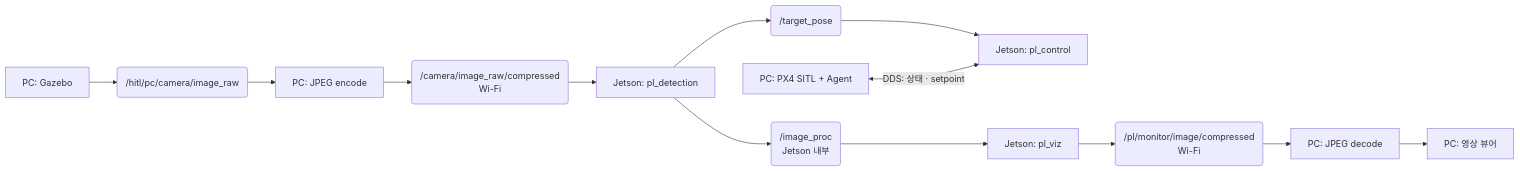
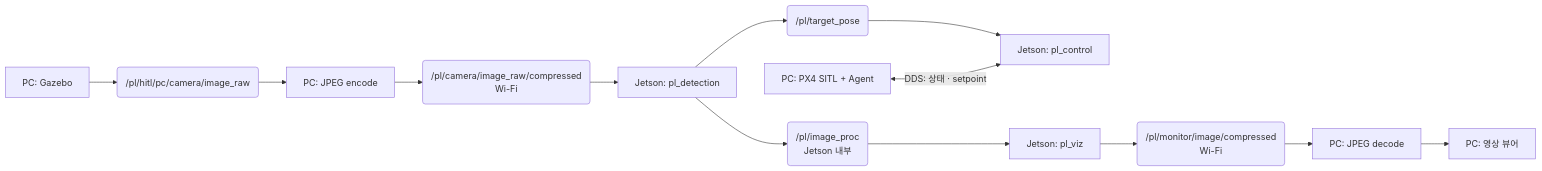
The third of 3 diagrams in README.md (IN-AIR-KR/precision-landing), drawn with Mermaid before and after one commit. The commit also changed other lines of this file and 21 other files, not shown here.

````diff
--- a/README.md
+++ b/README.md
@@ -330,10 +330,10 @@
 ```mermaid
 flowchart LR
-    GZ[PC: Gazebo] --> RAW("/hitl/pc/camera/image_raw") --> ENC[PC: JPEG encode]
-    ENC --> JPEG("/camera/image_raw/compressed<br/>Wi-Fi") --> DET[Jetson: pl_detection]
-    DET --> POSE("/target_pose") --> CTRL[Jetson: pl_control]
+    GZ[PC: Gazebo] --> RAW("/pl/hitl/pc/camera/image_raw") --> ENC[PC: JPEG encode]
+    ENC --> JPEG("/pl/camera/image_raw/compressed<br/>Wi-Fi") --> DET[Jetson: pl_detection]
+    DET --> POSE("/pl/target_pose") --> CTRL[Jetson: pl_control]
     PX4[PC: PX4 SITL + Agent] <-->|DDS: 상태 · setpoint| CTRL
-    DET --> DEBUG("/image_proc<br/>Jetson 내부") --> HUD[Jetson: pl_viz]
+    DET --> DEBUG("/pl/image_proc<br/>Jetson 내부") --> HUD[Jetson: pl_viz]
     HUD --> OUT("/pl/monitor/image/compressed<br/>Wi-Fi") --> DEC[PC: JPEG decode]
     DEC --> VIEW[PC: 영상 뷰어]
 ```
````
